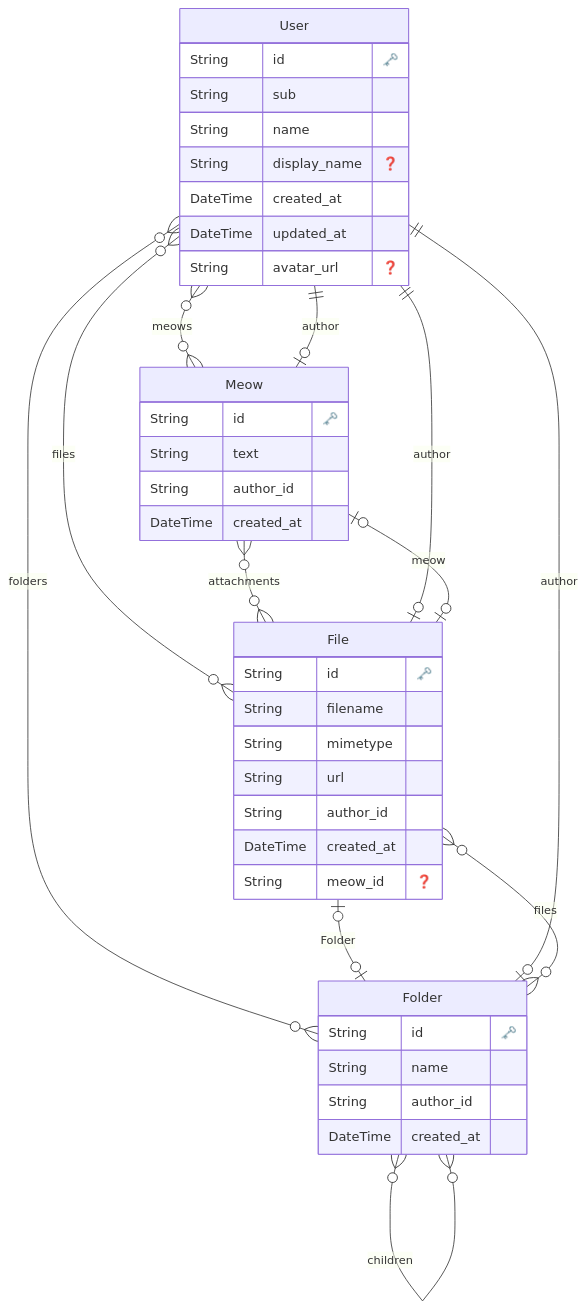
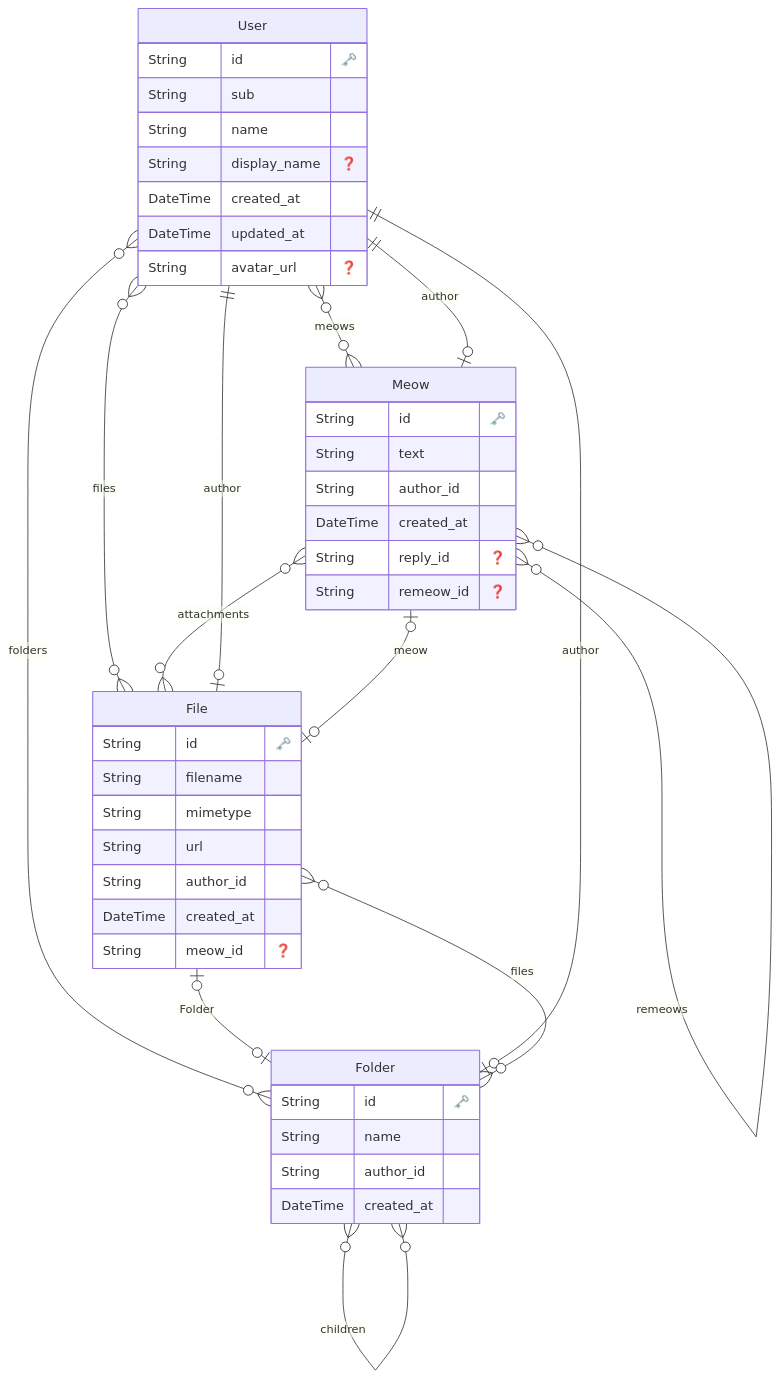
One commit to yupix/Catmos changed the diagram in prisma/scheme.md. Above: the diagram before and after it, drawn with Mermaid. The commit also changed 1 other file, not shown here.

Commit message:
feat: Meowモデルにreplyおよびremeowのリレーションを追加

````diff
--- a/prisma/scheme.md
+++ b/prisma/scheme.md
@@ -1,53 +1,59 @@
 ```mermaid
 erDiagram
 
   "User" {
     String id "🗝️"
-    String sub 
-    String name 
+    String sub
+    String name
     String display_name "❓"
-    DateTime created_at 
-    DateTime updated_at 
+    DateTime created_at
+    DateTime updated_at
     String avatar_url "❓"
     }
-  
+
 
   "Folder" {
     String id "🗝️"
-    String name 
-    String author_id 
-    DateTime created_at 
+    String name
+    String author_id
+    DateTime created_at
     }
-  
+
 
   "File" {
     String id "🗝️"
-    String filename 
-    String mimetype 
-    String url 
-    String author_id 
-    DateTime created_at 
+    String filename
+    String mimetype
+    String url
+    String author_id
+    DateTime created_at
     String meow_id "❓"
     }
-  
+
 
   "Meow" {
     String id "🗝️"
-    String text 
-    String author_id 
-    DateTime created_at 
+    String text
+    String author_id
+    DateTime created_at
+    String reply_id "❓"
+    String remeow_id "❓"
     }
-  
+
     "User" o{--}o "Meow" : "meows"
     "User" o{--}o "File" : "files"
     "User" o{--}o "Folder" : "folders"
     "Folder" o|--|| "User" : "author"
     "Folder" o{--}o "File" : "files"
     "Folder" o|--|o "Folder" : "parent"
     "Folder" o{--}o "Folder" : "children"
     "File" o|--|| "User" : "author"
     "File" o|--|o "Meow" : "meow"
     "File" o|--|o "Folder" : "Folder"
     "Meow" o|--|| "User" : "author"
     "Meow" o{--}o "File" : "attachments"
+    "Meow" o|--|o "Meow" : "reply"
+    "Meow" o|--|o "Meow" : "remeow"
+    "Meow" o{--}o "Meow" : "replies"
+    "Meow" o{--}o "Meow" : "remeows"
 ```
````
